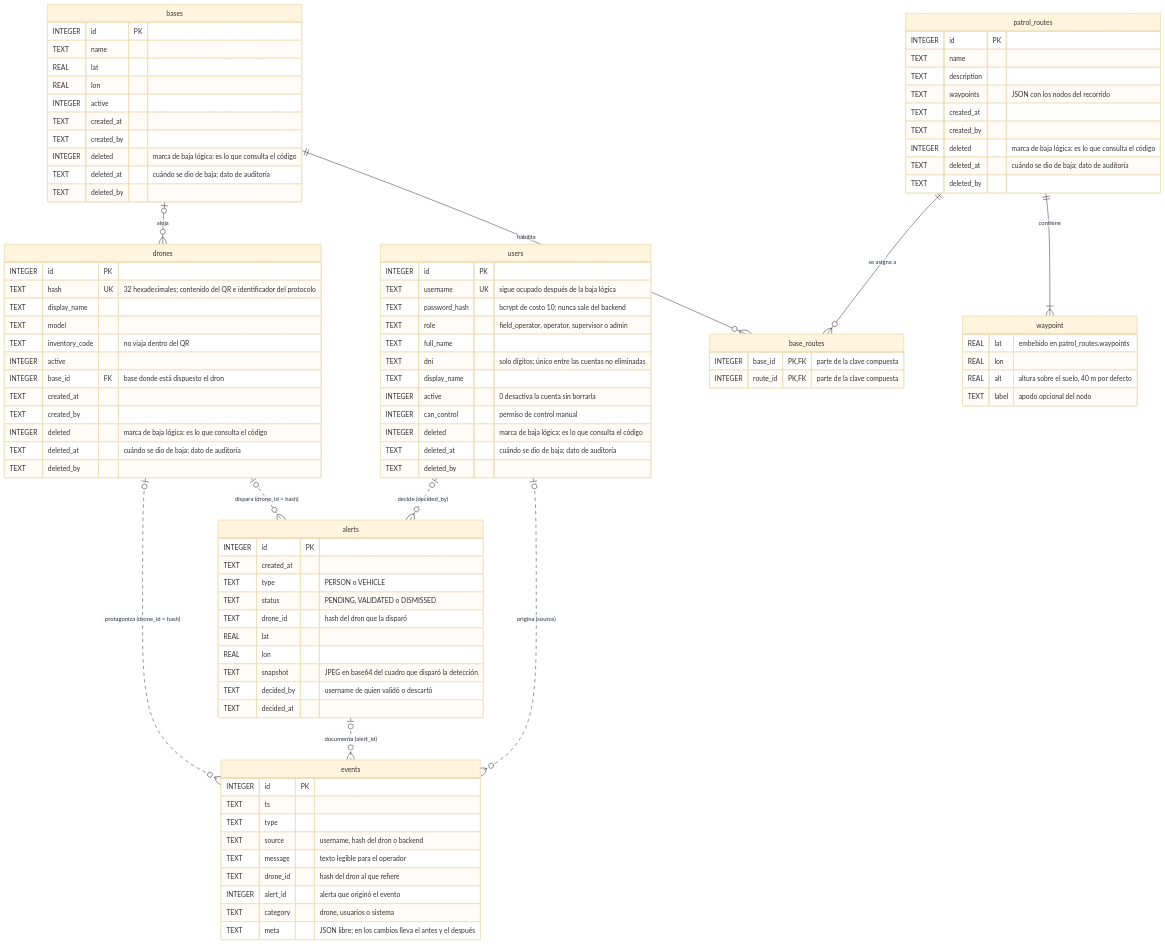
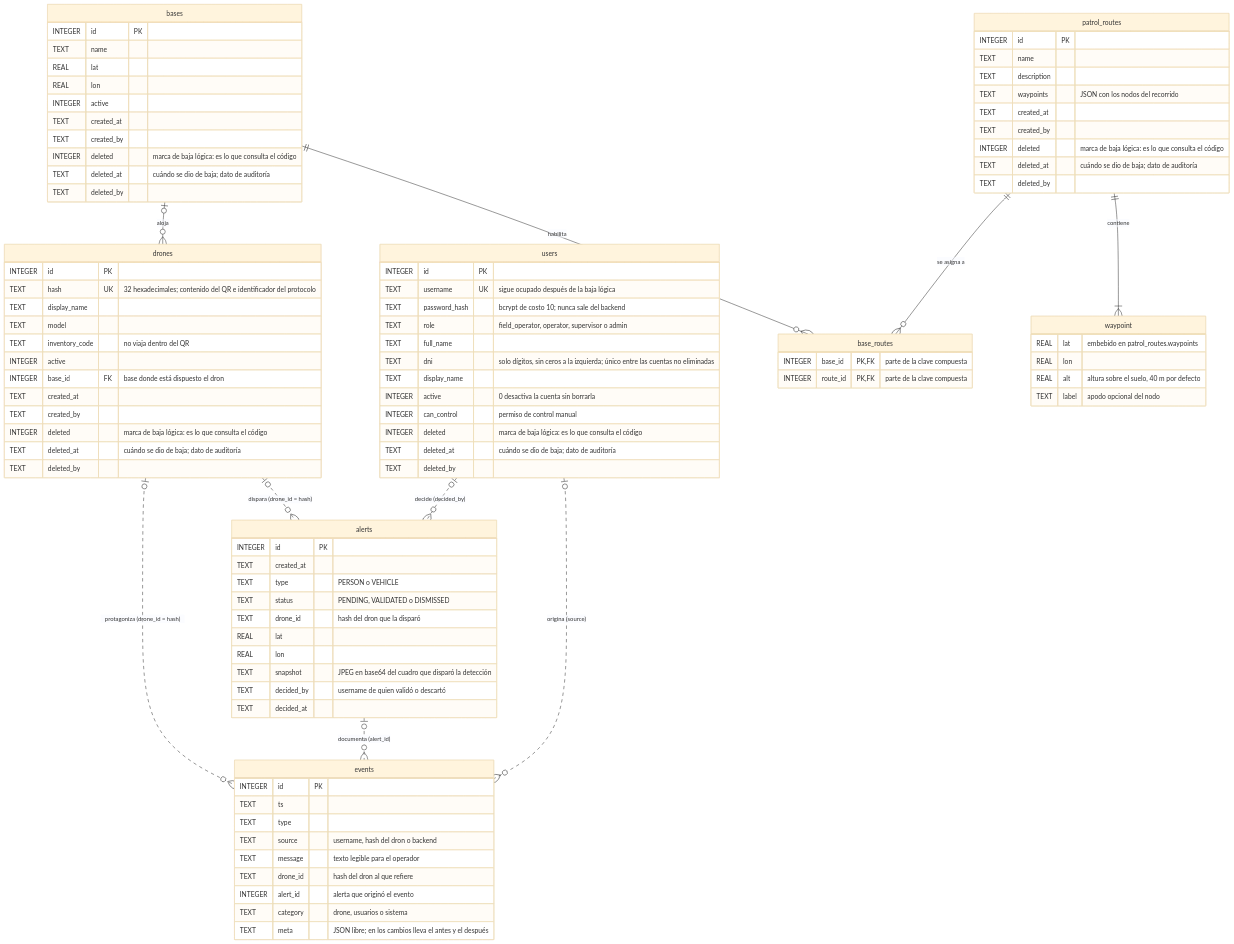
The first of 3 diagrams in docs/MODELO-DE-DATOS.md (NikolasBerntsen/Tesis), drawn with Mermaid (base theme) before and after one commit. The commit also changed 10 other files, not shown here.

```diff
--- a/docs/MODELO-DE-DATOS.md
+++ b/docs/MODELO-DE-DATOS.md
@@ -31,7 +31,7 @@
         TEXT password_hash "bcrypt de costo 10; nunca sale del backend"
         TEXT role "field_operator, operator, supervisor o admin"
         TEXT full_name
-        TEXT dni "solo dígitos; único entre las cuentas no eliminadas"
+        TEXT dni "solo dígitos, sin ceros a la izquierda; único entre las cuentas no eliminadas"
         TEXT display_name
         INTEGER active "0 desactiva la cuenta sin borrarla"
         INTEGER can_control "permiso de control manual"
```
